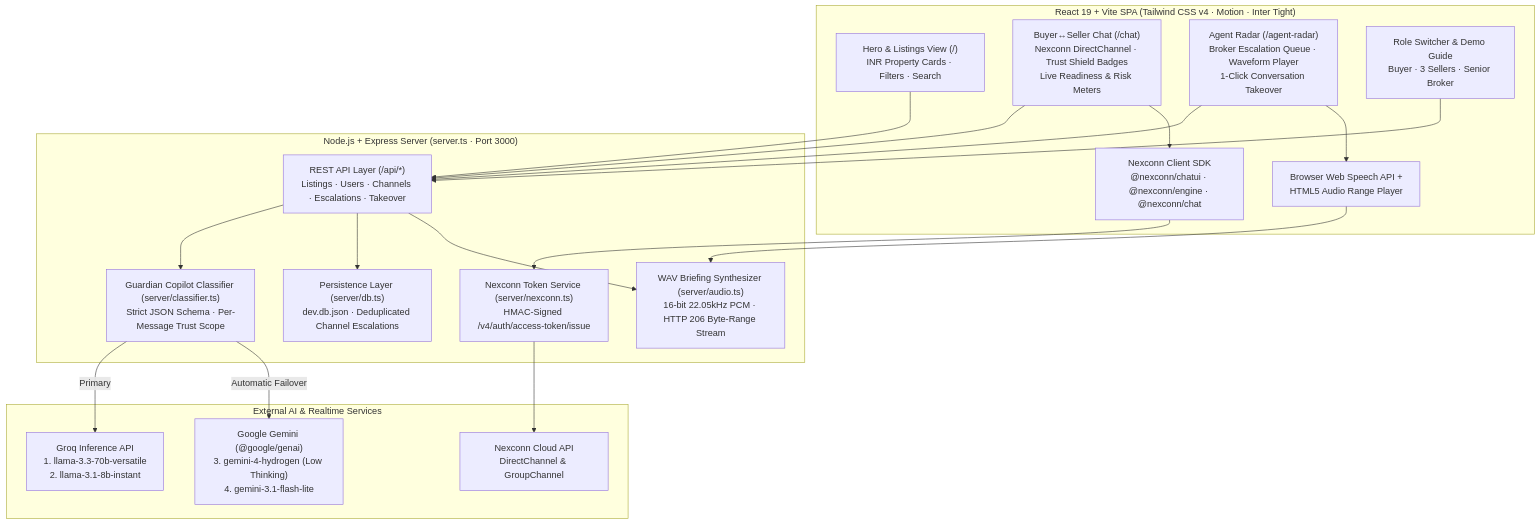
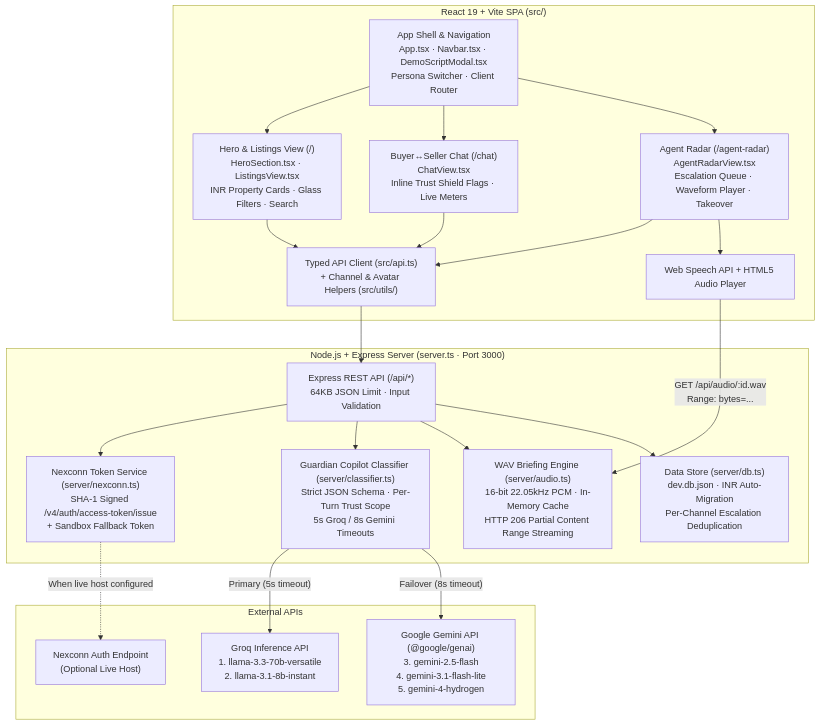
Before and after one commit to Nagaraj1399/DealGuard-: the first of 2 diagrams in README.md, drawn with Mermaid. The commit also changed other lines of this file and 19 other files, not shown here.

````diff
--- a/README.md
+++ b/README.md
@@ -11,43 +56,45 @@
 ```mermaid
 flowchart TB
-    subgraph Client["React 19 + Vite SPA (Tailwind CSS v4 · Motion · Inter Tight)"]
-        Hero["Hero & Listings View (/)<br/>INR Property Cards · Filters · Search"]
-        Chat["Buyer↔Seller Chat (/chat)<br/>Nexconn DirectChannel · Trust Shield Badges<br/>Live Readiness & Risk Meters"]
-        Radar["Agent Radar (/agent-radar)<br/>Broker Escalation Queue · Waveform Player<br/>1-Click Conversation Takeover"]
-        Nav["Role Switcher & Demo Guide<br/>Buyer · 3 Sellers · Senior Broker"]
-        NexSDK["Nexconn Client SDK<br/>@nexconn/chatui · @nexconn/engine · @nexconn/chat"]
-        Speech["Browser Web Speech API +<br/>HTML5 Audio Range Player"]
+    subgraph Client["React 19 + Vite SPA (src/)"]
+        Listings["Hero & Listings View (/)<br/>HeroSection.tsx · ListingsView.tsx<br/>INR Property Cards · Glass Filters · Search"]
+        Chat["Buyer↔Seller Chat (/chat)<br/>ChatView.tsx<br/>Inline Trust Shield Flags · Live Meters"]
+        Radar["Agent Radar (/agent-radar)<br/>AgentRadarView.tsx<br/>Escalation Queue · Waveform Player · Takeover"]
+        Shell["App Shell & Navigation<br/>App.tsx · Navbar.tsx · DemoScriptModal.tsx<br/>Persona Switcher · Client Router"]
+        ApiClient["Typed API Client (src/api.ts)<br/>+ Channel & Avatar Helpers (src/utils/)"]
+        AudioUI["Web Speech API + HTML5 Audio Player"]
     end
 
     subgraph Server["Node.js + Express Server (server.ts · Port 3000)"]
-        API["REST API Layer (/api/*)<br/>Listings · Users · Channels · Escalations · Takeover"]
-        Auth["Nexconn Token Service (server/nexconn.ts)<br/>HMAC-Signed /v4/auth/access-token/issue"]
-        Classifier["Guardian Copilot Classifier (server/classifier.ts)<br/>Strict JSON Schema · Per-Message Trust Scope"]
-        Audio["WAV Briefing Synthesizer (server/audio.ts)<br/>16-bit 22.05kHz PCM · HTTP 206 Byte-Range Stream"]
-        DB["Persistence Layer (server/db.ts)<br/>dev.db.json · Deduplicated Channel Escalations"]
+        Routes["Express REST API (/api/*)<br/>64KB JSON Limit · Input Validation"]
+        NexToken["Nexconn Token Service (server/nexconn.ts)<br/>SHA-1 Signed /v4/auth/access-token/issue<br/>+ Sandbox Fallback Token"]
+        Copilot["Guardian Copilot Classifier (server/classifier.ts)<br/>Strict JSON Schema · Per-Turn Trust Scope<br/>5s Groq / 8s Gemini Timeouts"]
+        AudioSvc["WAV Briefing Engine (server/audio.ts)<br/>16-bit 22.05kHz PCM · In-Memory Cache<br/>HTTP 206 Partial Content Range Streaming"]
+        Store["Data Store (server/db.ts)<br/>dev.db.json · INR Auto-Migration<br/>Per-Channel Escalation Deduplication"]
     end
 
-    subgraph External["External AI & Realtime Services"]
-        NexCloud["Nexconn Cloud API<br/>DirectChannel & GroupChannel"]
+    subgraph External["External APIs"]
         Groq["Groq Inference API<br/>1. llama-3.3-70b-versatile<br/>2. llama-3.1-8b-instant"]
-        Gemini["Google Gemini (@google/genai)<br/>3. gemini-4-hydrogen (Low Thinking)<br/>4. gemini-3.1-flash-lite"]
+        Gemini["Google Gemini API (@google/genai)<br/>3. gemini-2.5-flash<br/>4. gemini-3.1-flash-lite<br/>5. gemini-4-hydrogen"]
+        NexAPI["Nexconn Auth Endpoint<br/>(Optional Live Host)"]
     end
 
-    Hero --> API
-    Chat --> API
-    Chat --> NexSDK
-    Radar --> API
-    Radar --> Speech
-    Nav --> API
+    Shell --> Listings
+    Shell --> Chat
+    Shell --> Radar
+    Listings --> ApiClient
+    Chat --> ApiClient
+    Radar --> ApiClient
+    Radar --> AudioUI
 
-    NexSDK --> Auth
-    Auth --> NexCloud
+    ApiClient --> Routes
+    AudioUI -- "GET /api/audio/:id.wav<br/>Range: bytes=..." --> AudioSvc
 
-    API --> Classifier
-    API --> DB
-    API --> Audio
-    Speech --> Audio
+    Routes --> NexToken
+    Routes --> Copilot
+    Routes --> AudioSvc
+    Routes --> Store
 
-    Classifier -- "Primary" --> Groq
-    Classifier -- "Automatic Failover" --> Gemini
+    NexToken -. "When live host configured" .-> NexAPI
+    Copilot -- "Primary (5s timeout)" --> Groq
+    Copilot -- "Failover (8s timeout)" --> Gemini
 ```
````
